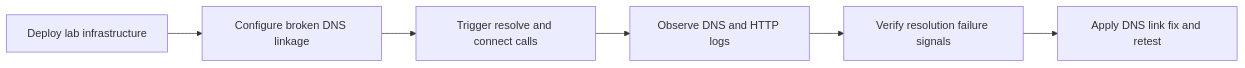
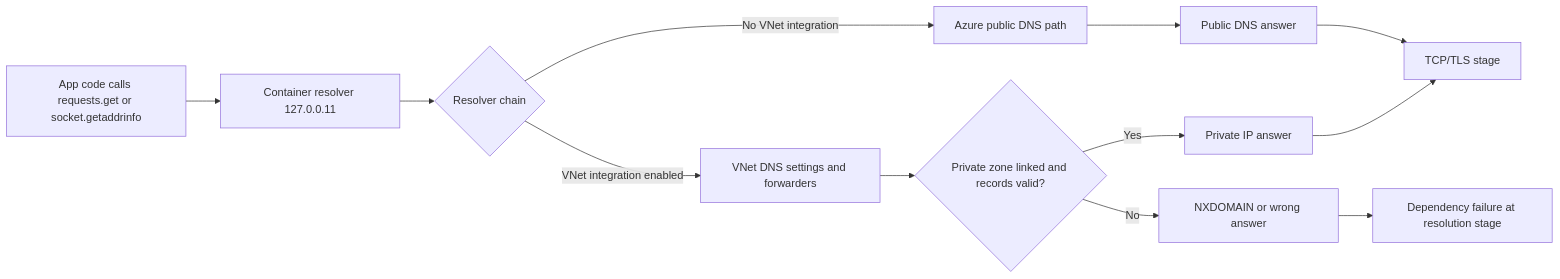
The first of 4 diagrams in docs/troubleshooting/lab-guides/dns-vnet-resolution.md (yeongseon/azure-app-service-practical-guide), drawn with Mermaid before and after one commit. The commit also changed other lines of this file and 327 other files, not shown here.

First line of the commit message:
docs: upgrade all 10 lab guides to Level 3 with real Azure data, audit all tutorials and fix stale URLs

````diff
--- a/docs/troubleshooting/lab-guides/dns-vnet-resolution.md
+++ b/docs/troubleshooting/lab-guides/dns-vnet-resolution.md
@@ -5,8 +71,14 @@
 ```mermaid
-graph LR
-    A[Deploy lab infrastructure] --> B[Configure broken DNS linkage]
-    B --> C[Trigger resolve and connect calls]
-    C --> D[Observe DNS and HTTP logs]
-    D --> E[Verify resolution failure signals]
-    E --> F[Apply DNS link fix and retest]
+flowchart LR
+    A[App code calls requests.get or socket.getaddrinfo] --> B[Container resolver 127.0.0.11]
+    B --> C{Resolver chain}
+    C -->|No VNet integration| D[Azure public DNS path]
+    C -->|VNet integration enabled| E[VNet DNS settings and forwarders]
+    D --> F[Public DNS answer]
+    E --> G{Private zone linked and records valid?}
+    G -->|Yes| H[Private IP answer]
+    G -->|No| I[NXDOMAIN or wrong answer]
+    F --> J[TCP/TLS stage]
+    H --> J
+    I --> K[Dependency failure at resolution stage]
 ```
````
